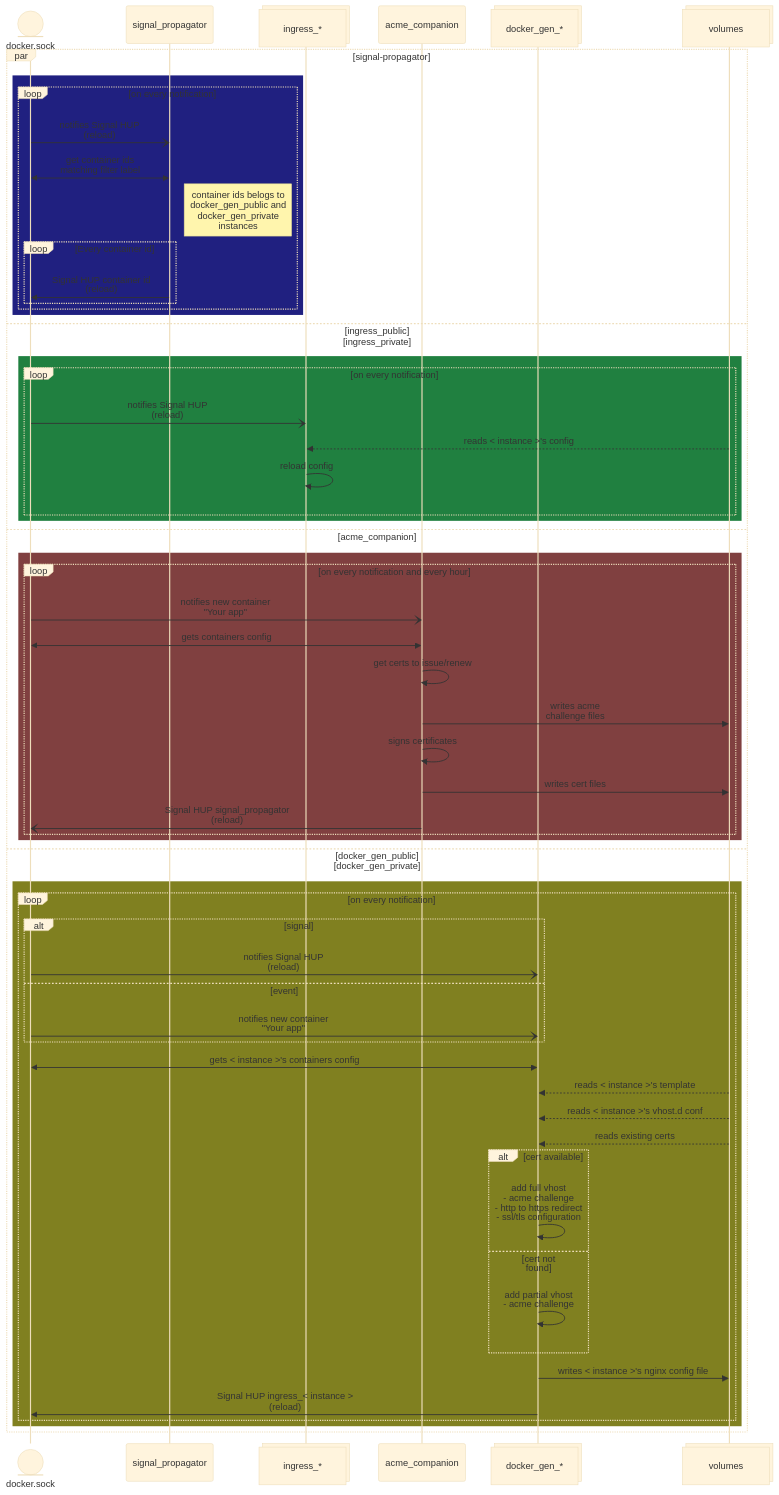
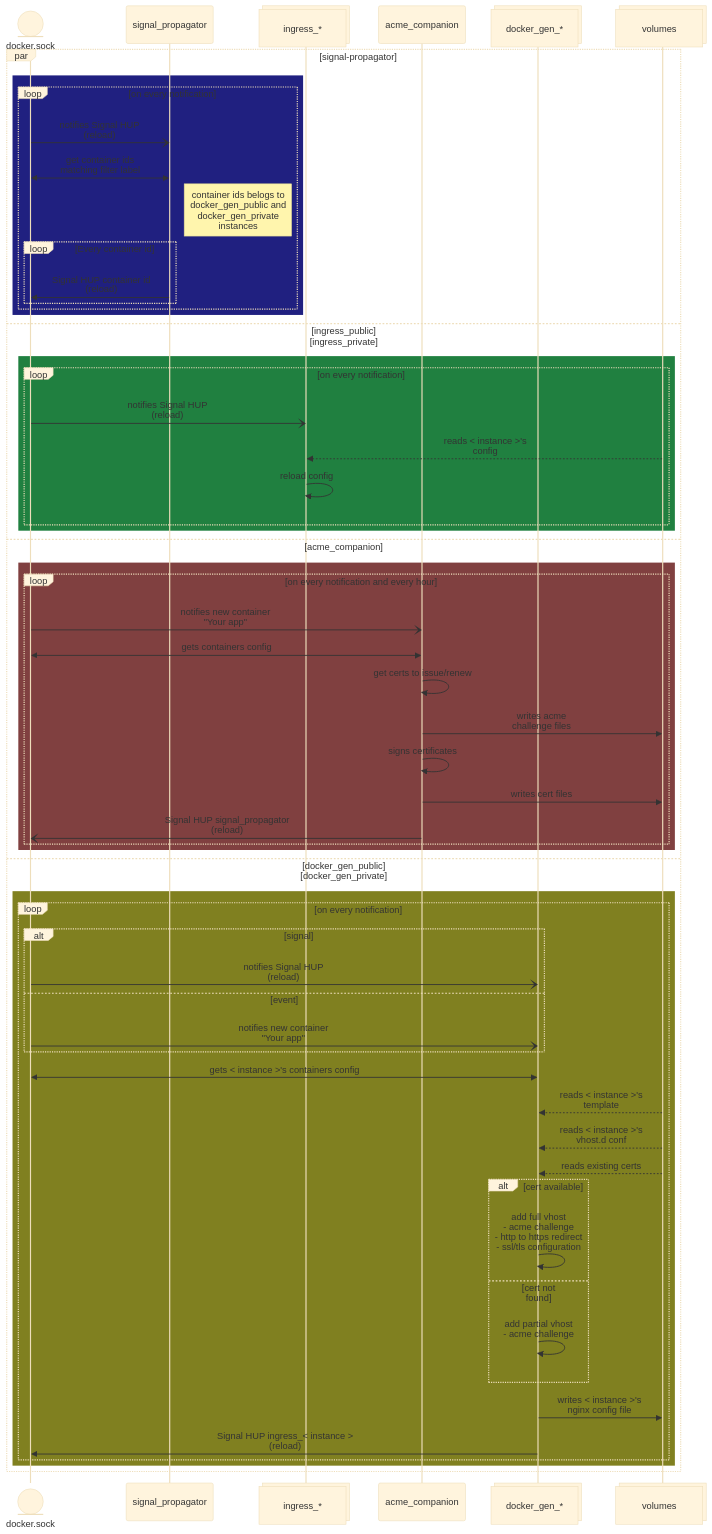
One commit to eorea/nginx-proxy-docker-compose-template changed the second of 2 diagrams in docs/how-it-works.md. Above: the diagram before and after it, drawn with Mermaid (base theme). The commit also changed other lines of this file, not shown here.

Commit message:
fix identation

````diff
--- a/docs/how-it-works.md
+++ b/docs/how-it-works.md
@@ -63,64 +63,64 @@
 ```mermaid
 sequenceDiagram
   participant docker.sock@{ "type" : "entity" }
   participant signal_propagator
   participant ingress_*@{ "type" : "collections" }
   participant acme_companion
   participant docker_gen_*@{ "type" : "collections" }
   participant volumes@{ "type" : "collections" }
 
   par signal-propagator
     rect rgb(32,32,128)
       loop on every notification
         docker.sock-)signal_propagator: notifies Signal HUP<br/>(reload)
         signal_propagator<<->>docker.sock:  get container ids<br/>matching filter label
         Note right of signal_propagator: container ids belogs to<br/>docker_gen_public and<br/>docker_gen_private<br/>instances
         loop Every container id
           signal_propagator->>docker.sock:  Signal HUP container id<br/>(reload)
         end
       end
     end
   and ingress_public]<br/>[ingress_private
     rect rgb(32,128,64)
       loop on every notification
         docker.sock-)ingress_*: notifies Signal HUP<br/>(reload)
-        volumes-->>ingress_*: reads < instance >'s config
+        volumes-->>ingress_*: reads < instance >'s<br/>config
         ingress_*->>ingress_*: reload config
       end
     end
   and acme_companion
     rect rgb(128,64,64)
       loop on every notification and every hour
         docker.sock-)acme_companion: notifies new container<br/>"Your app"
         acme_companion<<->>docker.sock: gets containers config
         acme_companion->>acme_companion: get certs to issue/renew
         acme_companion->>volumes: writes acme<br/>challenge files
         acme_companion->>acme_companion: signs certificates
         acme_companion->>volumes: writes cert files
         acme_companion-)docker.sock:  Signal HUP signal_propagator<br/>(reload)
         
       end
     end
   and docker_gen_public]<br/>[docker_gen_private
     rect rgb(128, 128, 32)
       loop on every notification
         alt signal
           docker.sock-)docker_gen_*: notifies Signal HUP<br/>(reload)
         else event
           docker.sock-)docker_gen_*: notifies new container<br/>"Your app"
         end
         docker_gen_*<<->>docker.sock: gets < instance >'s containers config
-        volumes-->>docker_gen_*: reads < instance >'s template
-        volumes-->>docker_gen_*: reads < instance >'s vhost.d conf
+        volumes-->>docker_gen_*: reads < instance >'s<br/>template
+        volumes-->>docker_gen_*: reads < instance >'s<br/>vhost.d conf
         volumes-->>docker_gen_*: reads existing certs
         alt cert available
           docker_gen_*->>docker_gen_*: add full vhost<br/>- acme challenge<br/>- http to https redirect<br/>- ssl/tls configuration
         else cert not found
           docker_gen_*->>docker_gen_*: add partial vhost<br/>- acme challenge
         end
-        docker_gen_*->>volumes: writes < instance >'s nginx config file
+        docker_gen_*->>volumes: writes < instance >'s<br/>nginx config file
         docker_gen_*->>docker.sock: Signal HUP ingress_< instance ><br/>(reload)
       end
     end
   end
 ```
````
